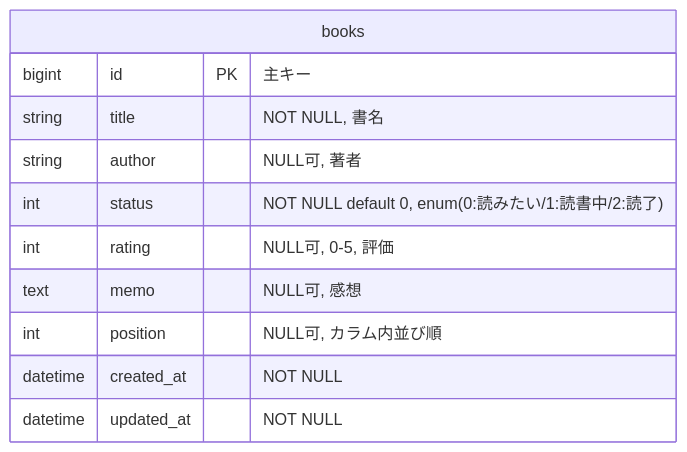
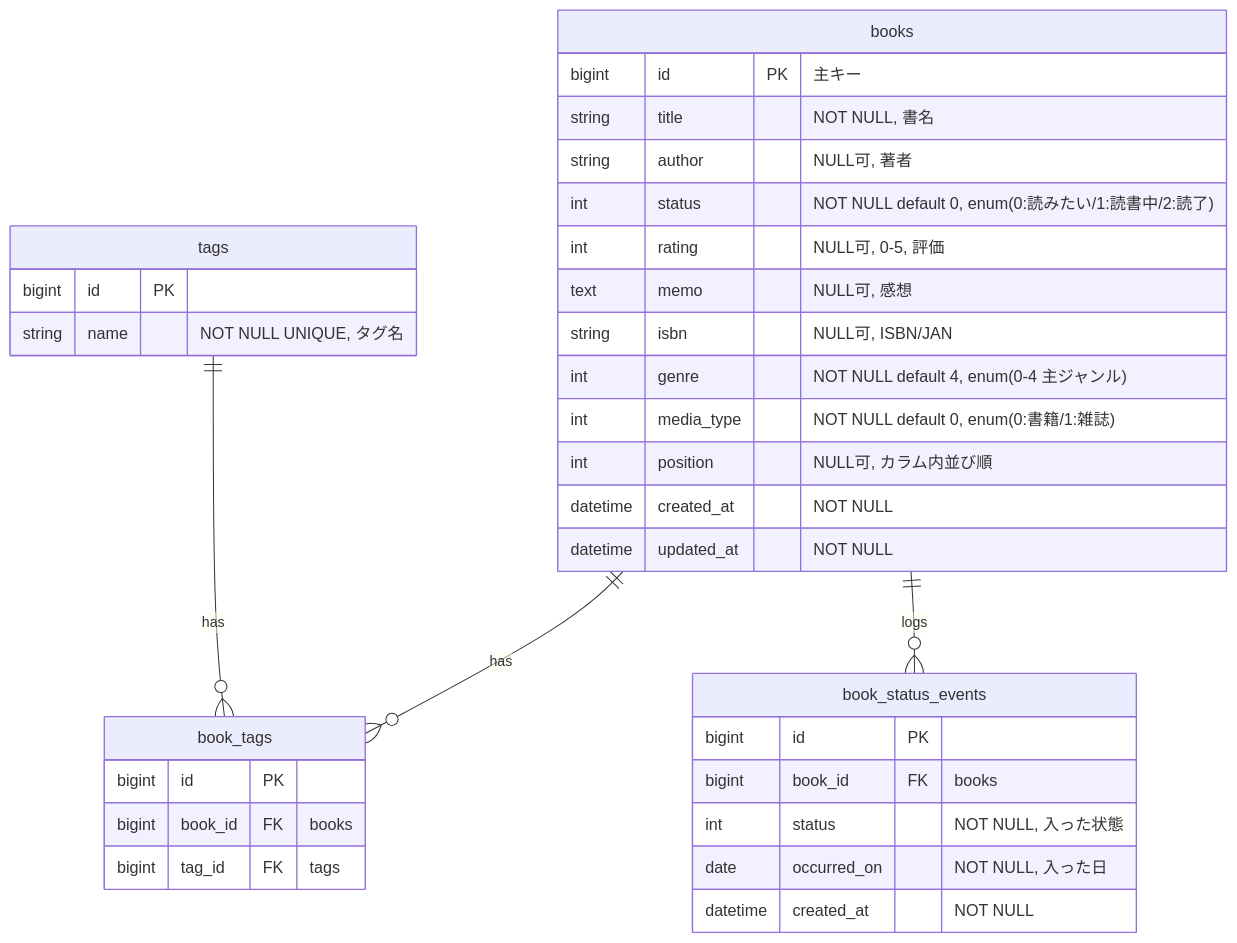
The third of 7 diagrams in docs/basic-design.md (adamaru-code/reading-board), drawn with Mermaid before and after one commit. The commit also changed other lines of this file and 4 other files, not shown here.

````diff
--- a/docs/basic-design.md
+++ b/docs/basic-design.md
@@ -56,14 +56,36 @@
 ```mermaid
 erDiagram
+    books ||--o{ book_tags : "has"
+    tags ||--o{ book_tags : "has"
+    books ||--o{ book_status_events : "logs"
     books {
         bigint id PK "主キー"
         string title "NOT NULL, 書名"
         string author "NULL可, 著者"
         int status "NOT NULL default 0, enum(0:読みたい/1:読書中/2:読了)"
         int rating "NULL可, 0-5, 評価"
         text memo "NULL可, 感想"
+        string isbn "NULL可, ISBN/JAN"
+        int genre "NOT NULL default 4, enum(0-4 主ジャンル)"
+        int media_type "NOT NULL default 0, enum(0:書籍/1:雑誌)"
         int position "NULL可, カラム内並び順"
         datetime created_at "NOT NULL"
         datetime updated_at "NOT NULL"
     }
+    tags {
+        bigint id PK
+        string name "NOT NULL UNIQUE, タグ名"
+    }
+    book_tags {
+        bigint id PK
+        bigint book_id FK "books"
+        bigint tag_id FK "tags"
+    }
+    book_status_events {
+        bigint id PK
+        bigint book_id FK "books"
+        int status "NOT NULL, 入った状態"
+        date occurred_on "NOT NULL, 入った日"
+        datetime created_at "NOT NULL"
+    }
 ```
````
